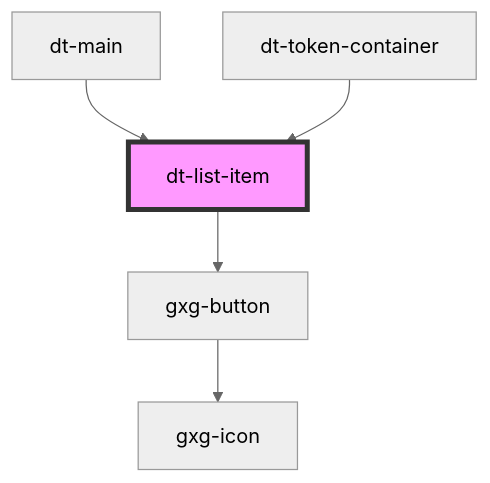
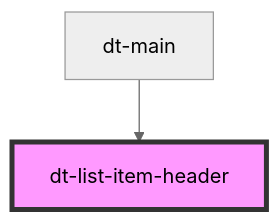
The diagram in src/components/list-item-header/readme.md (genexuslabs/design-tokens-editor), drawn with Mermaid (neutral theme) before and after one commit. The commit also changed other lines of this file and 8 other files, not shown here.

````diff
--- a/src/components/list-item-header/readme.md
+++ b/src/components/list-item-header/readme.md
@@ -50,8 +22,5 @@
 ```mermaid
 graph TD;
-  dt-list-item --> gxg-button
-  gxg-button --> gxg-icon
-  dt-main --> dt-list-item
-  dt-token-container --> dt-list-item
-  style dt-list-item fill:#f9f,stroke:#333,stroke-width:4px
+  dt-main --> dt-list-item-header
+  style dt-list-item-header fill:#f9f,stroke:#333,stroke-width:4px
 ```
````
